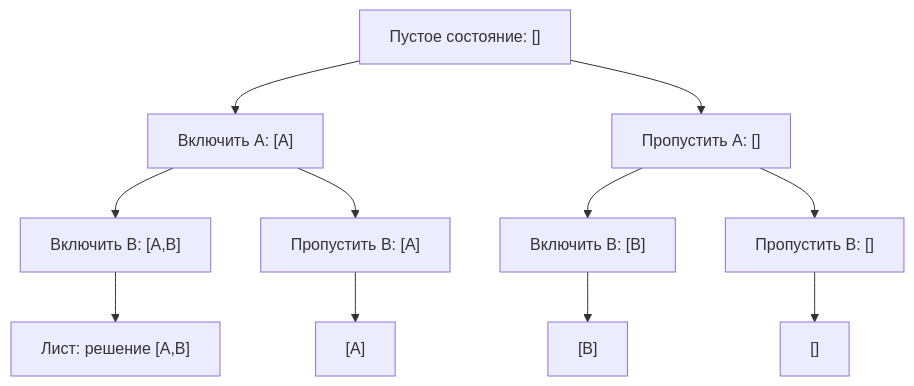
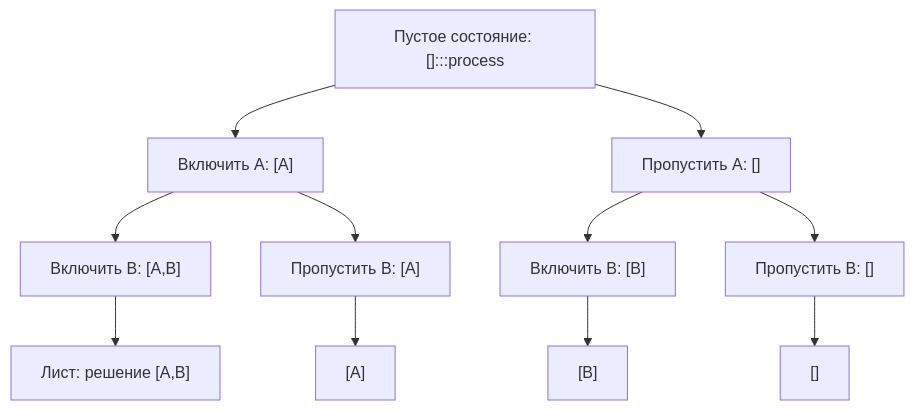
Before and after one commit to UnrealTemplier/go-textbook: the diagram in sources/21. Задачи с LeetCode и собеседований на Go/02. Задачи/10. Backtracking/1. Теория. Backtracking.md, drawn with Mermaid. The commit also changed 1666 other files, not shown here.

First line of the commit message:
feat(mermaid): add semantic color classDef to 1369 colorless flowchart/graph diagrams

````diff
--- a/sources/21. Задачи с LeetCode и собеседований на Go/02. Задачи/10. Backtracking/1. Теория. Backtracking.md
+++ b/sources/21. Задачи с LeetCode и собеседований на Go/02. Задачи/10. Backtracking/1. Теория. Backtracking.md
@@ -16,13 +16,23 @@
 ```mermaid
 flowchart TD
-    Root["Пустое состояние: []"] --> L1_Yes["Включить A: [A]"]
+    classDef process  fill:#1e293b,stroke:#38bdf8,stroke-width:1px,color:#f8fafc
+    classDef success  fill:#064e3b,stroke:#34d399,stroke-width:1px,color:#f8fafc
+    classDef error    fill:#7f1d1d,stroke:#f87171,stroke-width:1px,color:#f8fafc
+    classDef warning  fill:#78350f,stroke:#fbbf24,stroke-width:1px,color:#f8fafc
+    classDef entry    fill:#1e3a5f,stroke:#38bdf8,stroke-width:2px,color:#f8fafc
+    classDef aux      fill:#334155,stroke:#64748b,stroke-width:1px,color:#f8fafc
+    classDef system   fill:#312e81,stroke:#a78bfa,stroke-width:1px,color:#f8fafc
+    classDef data     fill:#132d29,stroke:#2dd4bf,stroke-width:1px,color:#f8fafc
+    classDef network  fill:#881337,stroke:#fb7185,stroke-width:1px,color:#f8fafc
+    classDef accent   fill:#1e1b4b,stroke:#818cf8,stroke-width:1px,color:#f8fafc
+    Root["Пустое состояние: []:::process"] --> L1_Yes["Включить A: [A]"]
     Root --> L1_No["Пропустить A: []"]
     L1_Yes --> L2_Yes["Включить B: [A,B]"]
     L1_Yes --> L2_No["Пропустить B: [A]"]
     L1_No --> L2_Yes2["Включить B: [B]"]
     L1_No --> L2_No2["Пропустить B: []"]
     L2_Yes --> Leaf1["Лист: решение [A,B]"]
     L2_No --> Leaf2["[A]"]
     L2_Yes2 --> Leaf3["[B]"]
     L2_No2 --> Leaf4["[]"]
 ```
````
